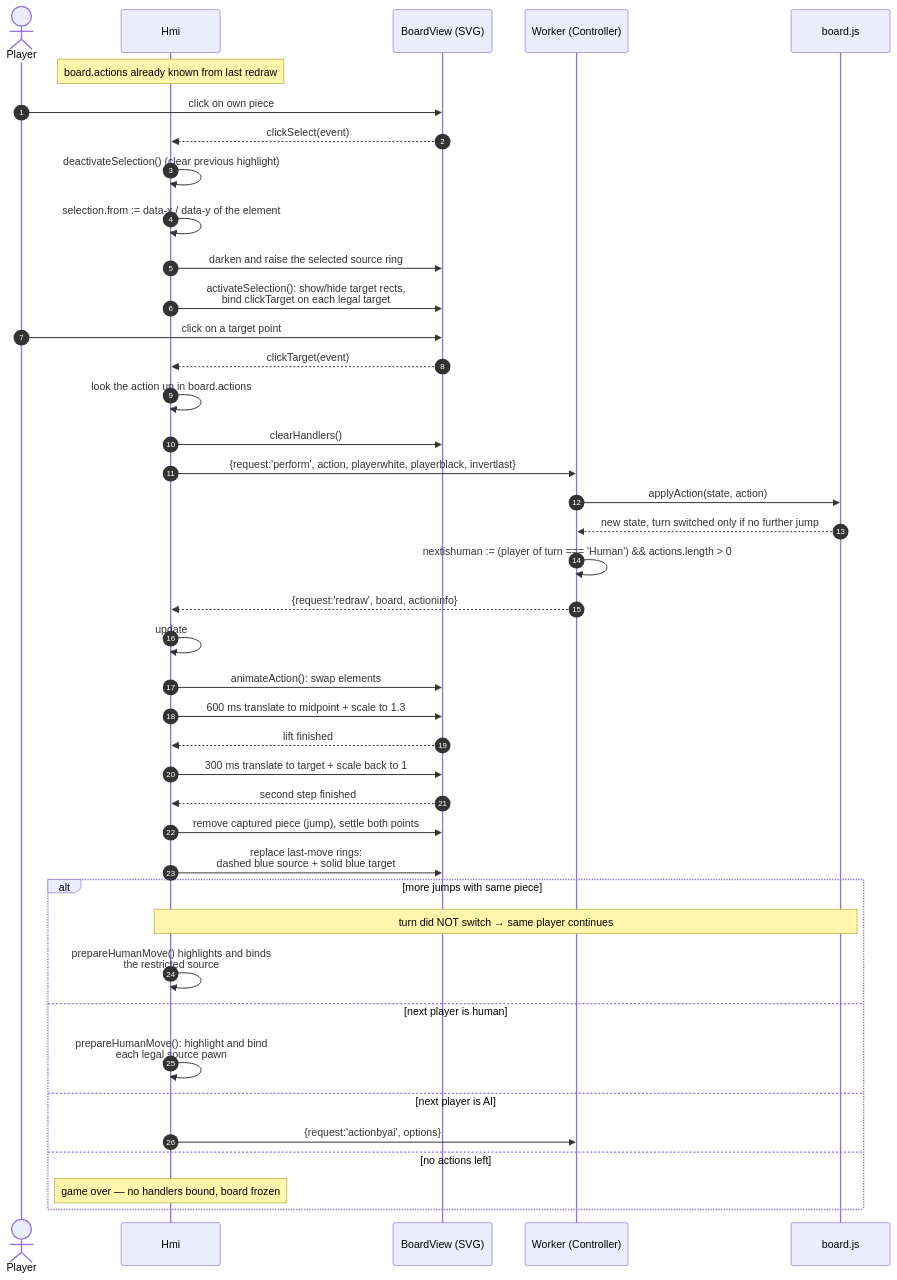
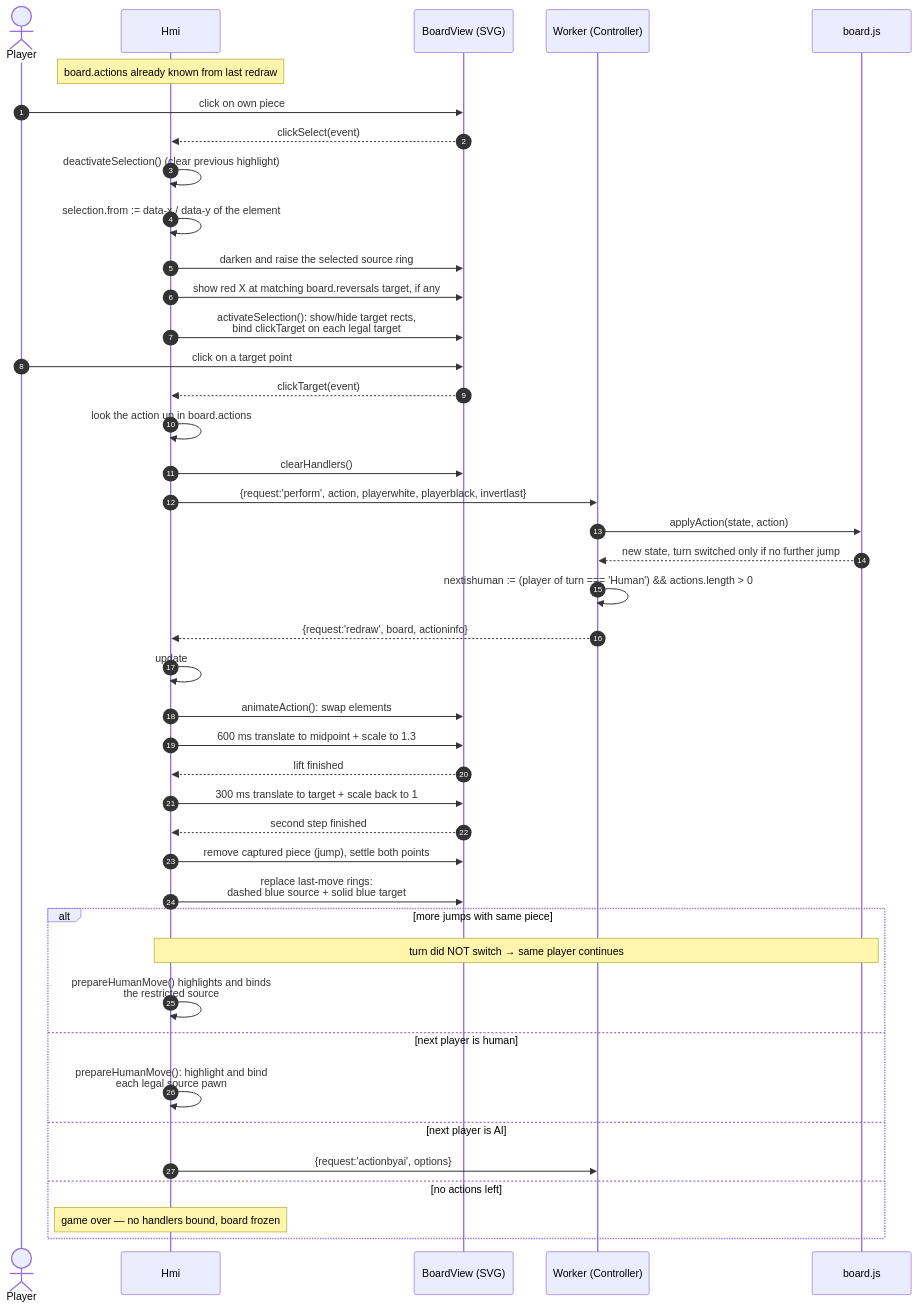
Before and after one commit to OMerkel/Alquerque: diagram 11 of 20 in doc/software_architecture.md, drawn with Mermaid. The commit also changed other lines of this file and 15 other files, not shown here.

````diff
--- a/doc/software_architecture.md
+++ b/doc/software_architecture.md
@@ -602,44 +604,45 @@
 ```mermaid
 sequenceDiagram
   autonumber
   actor P as Player
   participant Hmi
   participant Paper as BoardView (SVG)
   participant W as Worker (Controller)
   participant Board as board.js
 
   Note over Hmi: board.actions already known from last redraw
   P->>Paper: click on own piece
   Paper-->>Hmi: clickSelect(event)
   Hmi->>Hmi: deactivateSelection() (clear previous highlight)
   Hmi->>Hmi: selection.from := data-x / data-y of the element
   Hmi->>Paper: darken and raise the selected source ring
+  Hmi->>Paper: show red X at matching board.reversals target, if any
   Hmi->>Paper: activateSelection(): show/hide target rects,<br/>bind clickTarget on each legal target
   P->>Paper: click on a target point
   Paper-->>Hmi: clickTarget(event)
   Hmi->>Hmi: look the action up in board.actions
   Hmi->>Paper: clearHandlers()
   Hmi->>W: {request:'perform', action, playerwhite, playerblack, invertlast}
   W->>Board: applyAction(state, action)
   Board-->>W: new state, turn switched only if no further jump
   W->>W: nextishuman := (player of turn === 'Human') && actions.length > 0
   W-->>Hmi: {request:'redraw', board, actioninfo}
   Hmi->>Hmi: update #active-player from board.turn + options
   Hmi->>Paper: animateAction(): swap elements
   Hmi->>Paper: 600 ms translate to midpoint + scale to 1.3
   Paper-->>Hmi: lift finished
   Hmi->>Paper: 300 ms translate to target + scale back to 1
   Paper-->>Hmi: second step finished
   Hmi->>Paper: remove captured piece (jump), settle both points
   Hmi->>Paper: replace last-move rings:<br/>dashed blue source + solid blue target
   alt more jumps with same piece
     Note over Hmi,Board: turn did NOT switch → same player continues
     Hmi->>Hmi: prepareHumanMove() highlights and binds<br/>the restricted source
   else next player is human
     Hmi->>Hmi: prepareHumanMove(): highlight and bind<br/>each legal source pawn
   else next player is AI
     Hmi->>W: {request:'actionbyai', options}
   else no actions left
     Note over Hmi: game over — no handlers bound, board frozen
   end
 ```
````
